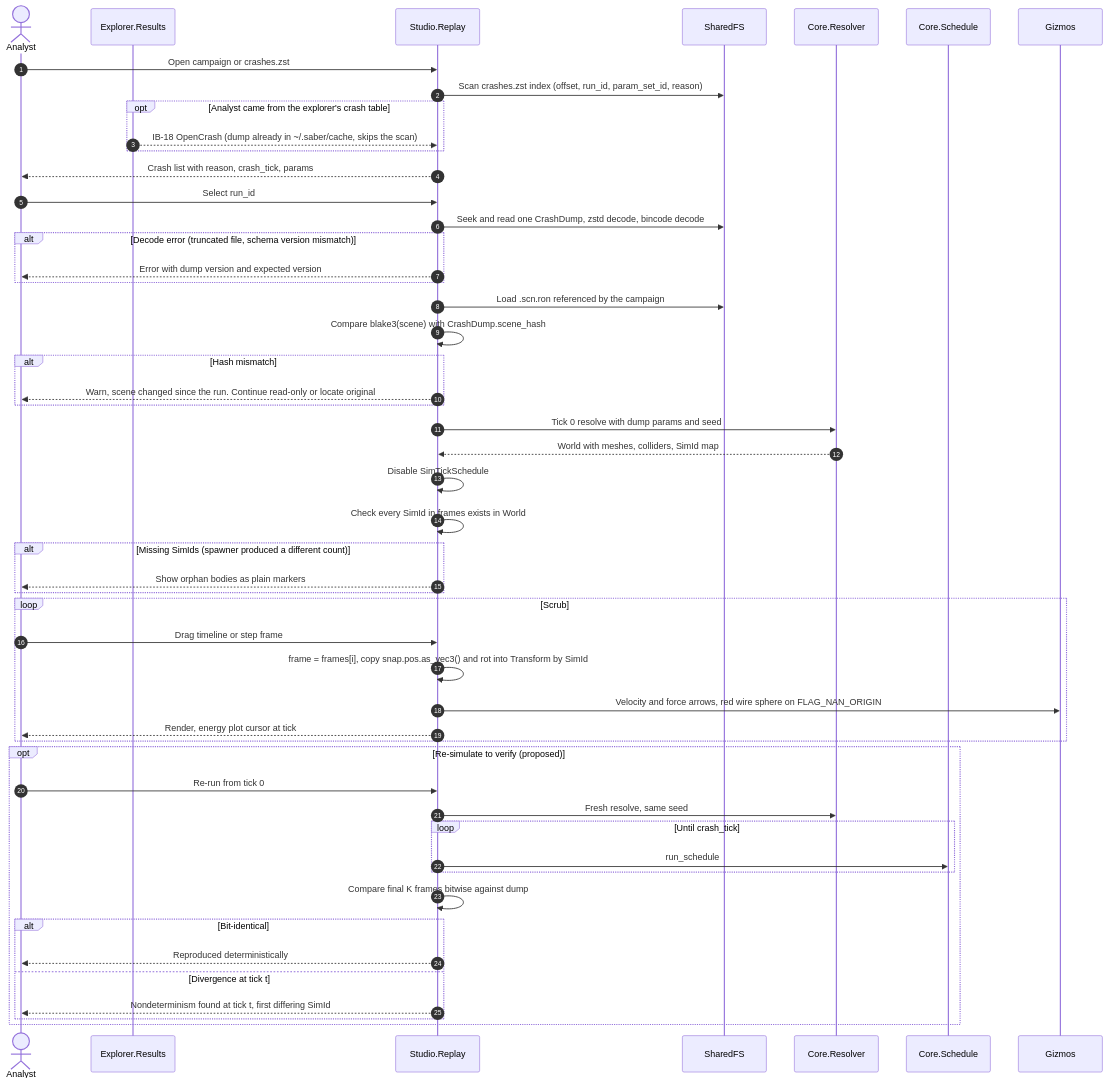
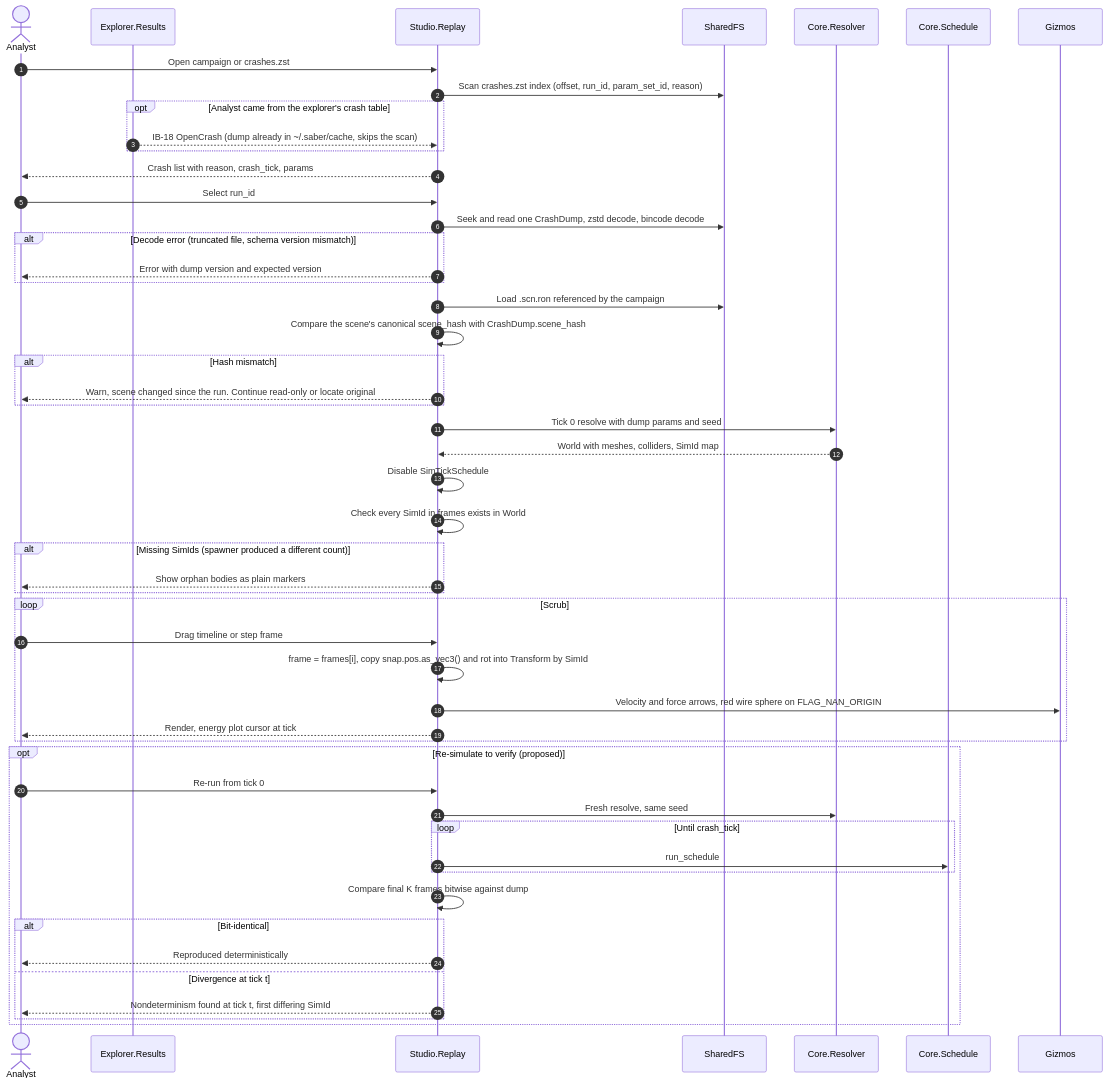
Diagram 14 of 18 in docs/design/sequence-diagrams.md (Schmiedium/SABER), drawn with Mermaid before and after one commit. The commit also changed other lines of this file and 117 other files, not shown here.

````diff
--- a/docs/design/sequence-diagrams.md
+++ b/docs/design/sequence-diagrams.md
@@ -857,56 +863,56 @@
 ```mermaid
 sequenceDiagram
     autonumber
     actor Analyst
     participant Results as Explorer.Results
     participant Replay as Studio.Replay
     participant SharedFS
     participant Resolver as Core.Resolver
     participant Schedule as Core.Schedule
     participant Gizmos
 
     Analyst->>Replay: Open campaign or crashes.zst
     Replay->>SharedFS: Scan crashes.zst index (offset, run_id, param_set_id, reason)
     opt Analyst came from the explorer's crash table
         Results-->>Replay: IB-18 OpenCrash (dump already in ~/.saber/cache, skips the scan)
     end
     Replay-->>Analyst: Crash list with reason, crash_tick, params
     Analyst->>Replay: Select run_id
     Replay->>SharedFS: Seek and read one CrashDump, zstd decode, bincode decode
     alt Decode error (truncated file, schema version mismatch)
         Replay-->>Analyst: Error with dump version and expected version
     end
     Replay->>SharedFS: Load .scn.ron referenced by the campaign
-    Replay->>Replay: Compare blake3(scene) with CrashDump.scene_hash
+    Replay->>Replay: Compare the scene's canonical scene_hash with CrashDump.scene_hash
     alt Hash mismatch
         Replay-->>Analyst: Warn, scene changed since the run. Continue read-only or locate original
     end
     Replay->>Resolver: Tick 0 resolve with dump params and seed
     Resolver-->>Replay: World with meshes, colliders, SimId map
     Replay->>Replay: Disable SimTickSchedule
     Replay->>Replay: Check every SimId in frames exists in World
     alt Missing SimIds (spawner produced a different count)
         Replay-->>Analyst: Show orphan bodies as plain markers
     end
 
     loop Scrub
         Analyst->>Replay: Drag timeline or step frame
         Replay->>Replay: frame = frames[i], copy snap.pos.as_vec3() and rot into Transform by SimId
         Replay->>Gizmos: Velocity and force arrows, red wire sphere on FLAG_NAN_ORIGIN
         Replay-->>Analyst: Render, energy plot cursor at tick
     end
 
     opt Re-simulate to verify (proposed)
         Analyst->>Replay: Re-run from tick 0
         Replay->>Resolver: Fresh resolve, same seed
         loop Until crash_tick
             Replay->>Schedule: run_schedule
         end
         Replay->>Replay: Compare final K frames bitwise against dump
         alt Bit-identical
             Replay-->>Analyst: Reproduced deterministically
         else Divergence at tick t
             Replay-->>Analyst: Nondeterminism found at tick t, first differing SimId
         end
     end
 ```
````
